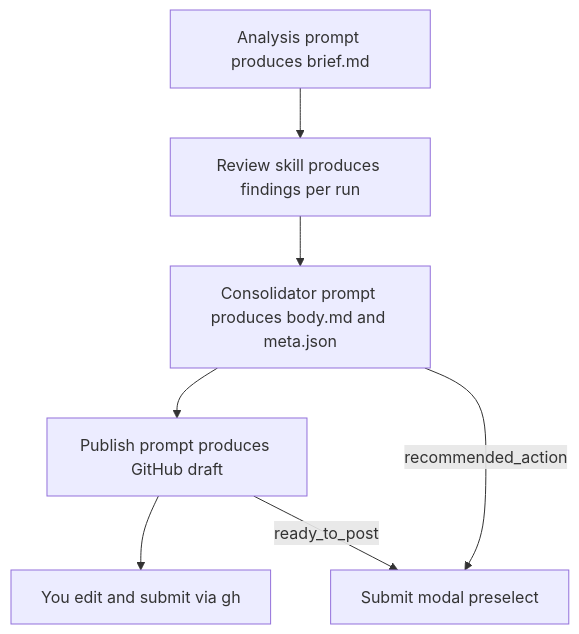
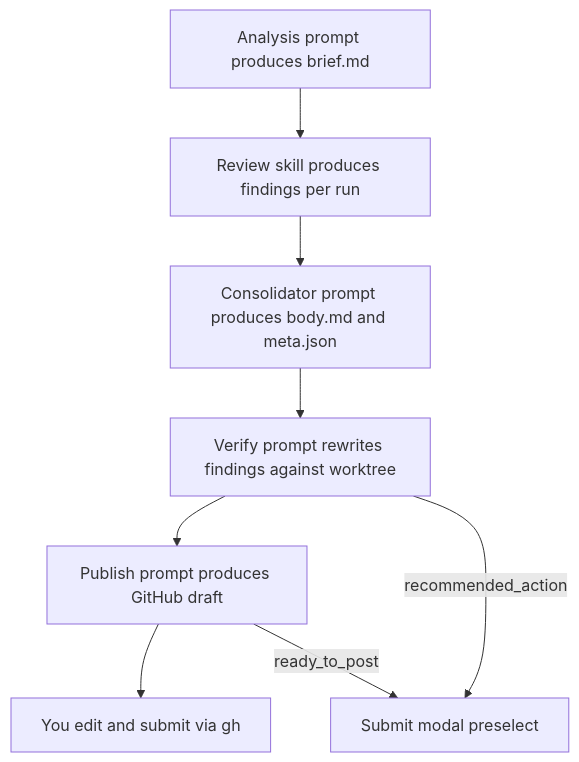
The third of 3 diagrams in README.md (israel-segundo/lazyreview), drawn with Mermaid before and after one commit. The commit also changed other lines of this file and 13 other files, not shown here.

First line of the commit message:
Add post-consolidate finding verification against the PR worktree.

````diff
--- a/README.md
+++ b/README.md
@@ -103,11 +85,12 @@
 ```mermaid
 flowchart TD
   p1["Analysis prompt produces brief.md"]
   p2["Review skill produces findings per run"]
   p3["Consolidator prompt produces body.md and meta.json"]
-  p4["Publish prompt produces GitHub draft"]
-  p5["You edit and submit via gh"]
-  p1 --> p2 --> p3 --> p4 --> p5
-  p3 -->|recommended_action| ui[Submit modal preselect]
-  p4 -->|ready_to_post| ui
+  p4["Verify prompt rewrites findings against worktree"]
+  p5["Publish prompt produces GitHub draft"]
+  p6["You edit and submit via gh"]
+  p1 --> p2 --> p3 --> p4 --> p5 --> p6
+  p4 -->|recommended_action| ui[Submit modal preselect]
+  p5 -->|ready_to_post| ui
 ```
````
